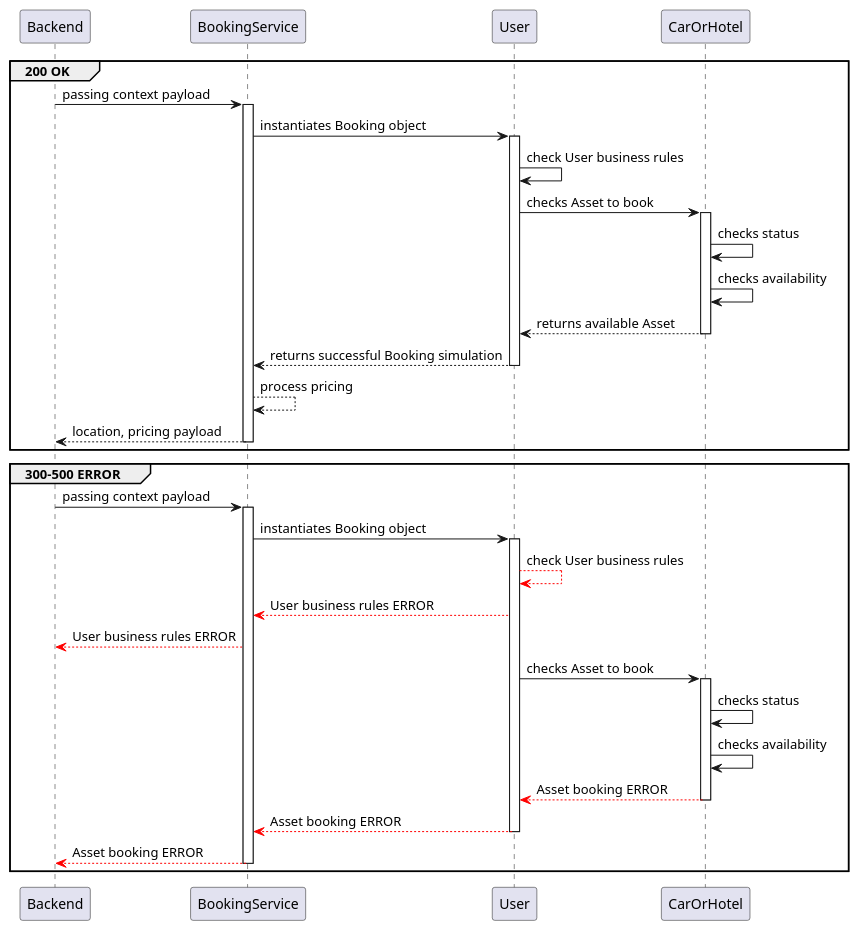
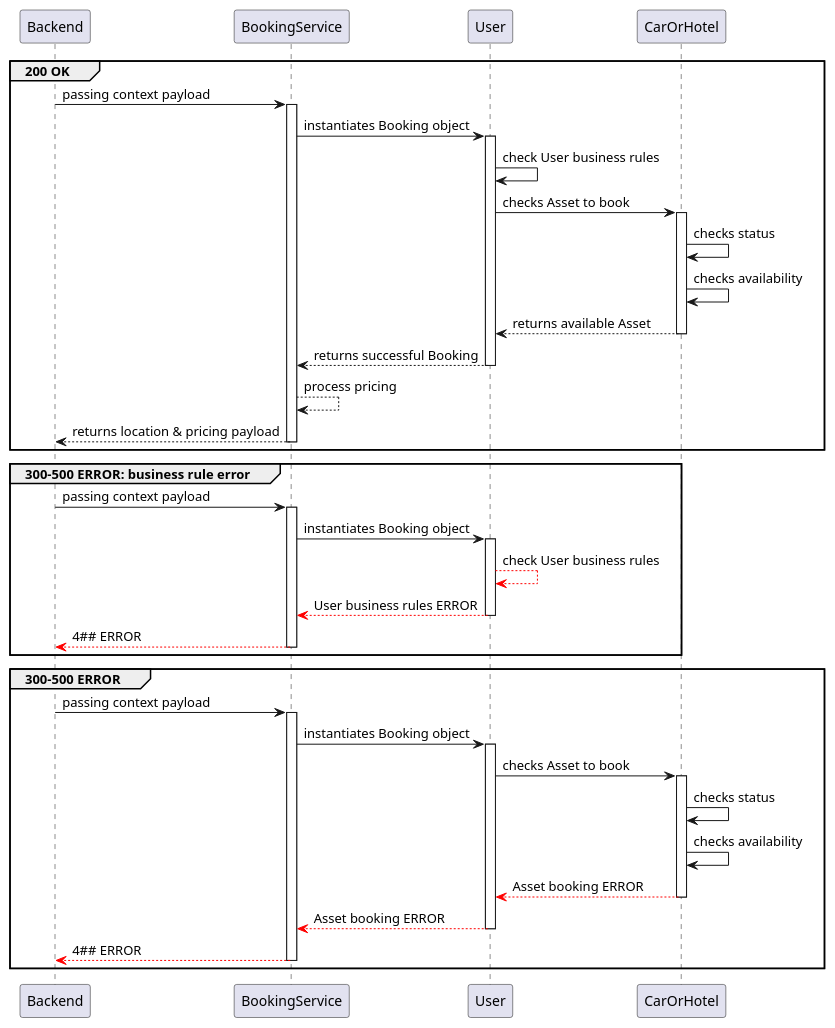
Before and after one commit to ICEI-PUC-Minas-PMV-SI/pmv-si-2025-2-pe6-t3-g3-t3-2025-2: the diagram in docs/diagram/sequence/bookingService_diagram.puml, drawn with PlantUML. The commit also changed 2 other files, not shown here.

Commit message:
updated diagrams to hotel booking theme

```diff
--- a/docs/diagram/sequence/bookingService_diagram.puml
+++ b/docs/diagram/sequence/bookingService_diagram.puml
@@ -1,48 +1,55 @@
 @startuml
   participant Backend
   participant BookingService
   participant User
   participant CarOrHotel
 
   group 200 OK
     Backend -> BookingService : passing context payload
       activate BookingService
     BookingService -> User : instantiates Booking object
       activate User
     User -> User : check User business rules
     User -> CarOrHotel : checks Asset to book
       activate CarOrHotel
     CarOrHotel -> CarOrHotel  : checks status
     CarOrHotel -> CarOrHotel  : checks availability
     
     CarOrHotel --> User : returns available Asset
       deactivate CarOrHotel
-    User --> BookingService : returns successful Booking simulation
+    User --> BookingService : returns successful Booking
       deactivate User
     BookingService --> BookingService : process pricing
-    BookingService --> Backend : location, pricing payload
+    BookingService --> Backend : returns location & pricing payload
       deactivate BookingService
   end
-
-  group 300-500 ERROR
+  group 300-500 ERROR: business rule error
     Backend -> BookingService : passing context payload
       activate BookingService
     
     BookingService -> User : instantiates Booking object
       activate User
     User -[#red]-> User : check User business rules
     User -[#red]-> BookingService : User business rules ERROR
-    BookingService -[#red]-> Backend : User business rules ERROR
+      deactivate User
+    BookingService -[#red]-> Backend : 4## ERROR
+      deactivate BookingService
+  end
 
+  group 300-500 ERROR
+    Backend -> BookingService : passing context payload
+      activate BookingService
+    BookingService -> User : instantiates Booking object
+      activate User
     User -> CarOrHotel : checks Asset to book
       activate CarOrHotel
     CarOrHotel -> CarOrHotel  : checks status
     CarOrHotel -> CarOrHotel  : checks availability
     CarOrHotel -[#red]-> User : Asset booking ERROR
       deactivate CarOrHotel
     User -[#red]-> BookingService : Asset booking ERROR
       deactivate User
-    BookingService -[#red]-> Backend : Asset booking ERROR
+    BookingService -[#red]-> Backend : 4## ERROR
       deactivate BookingService
   end
 @enduml
```
